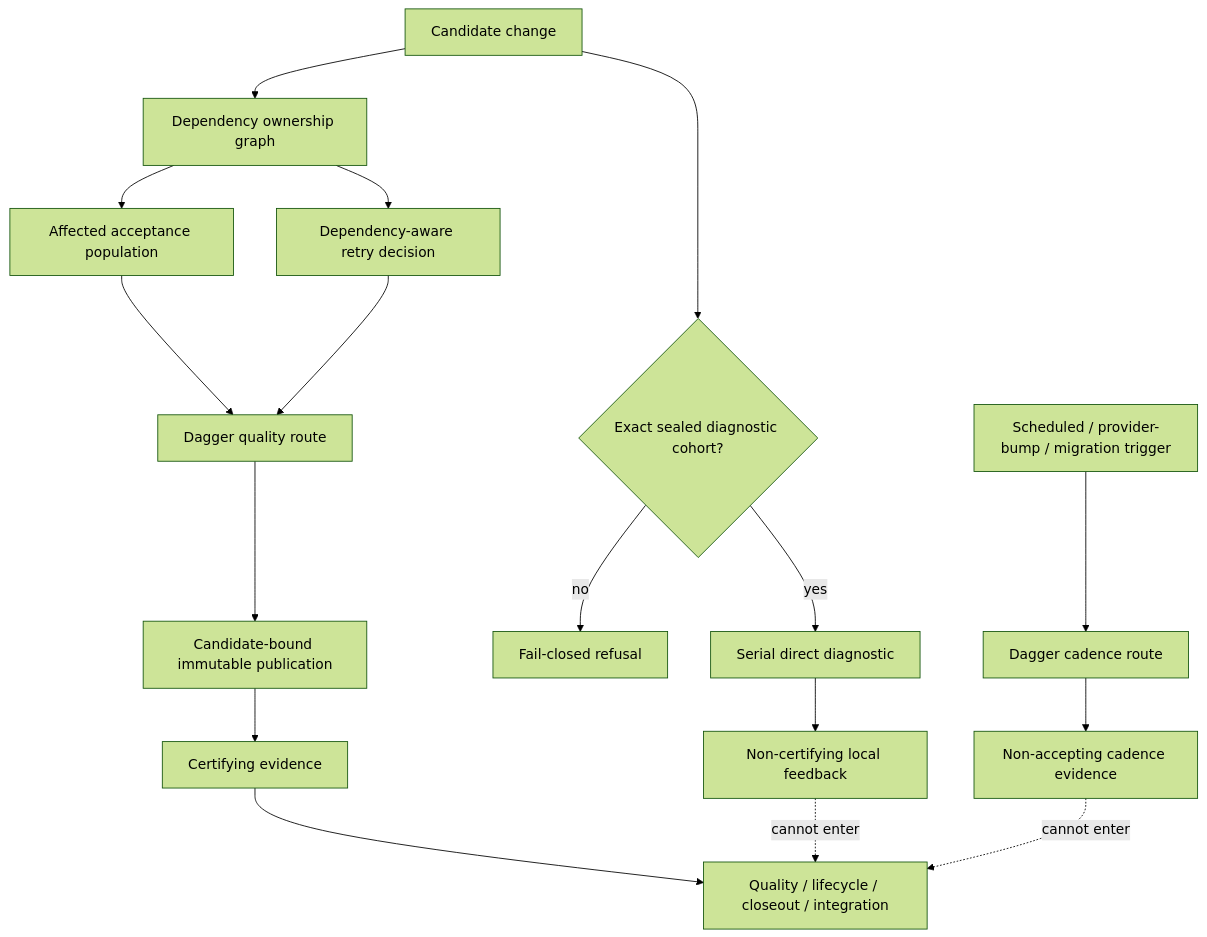
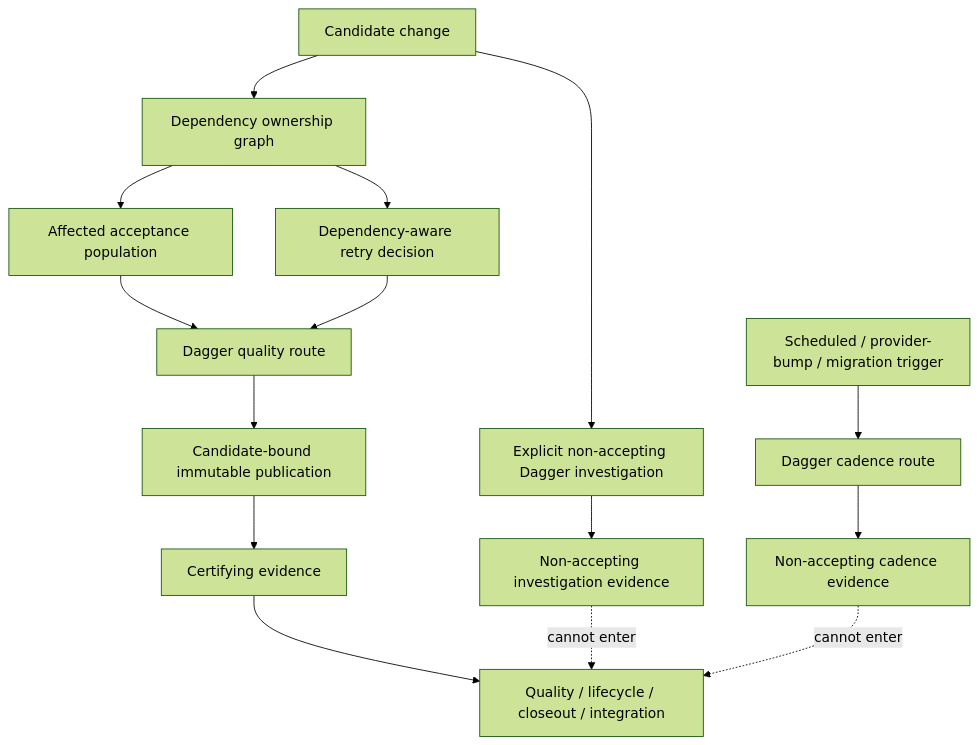
The diagram in docs/design/python-evidence-system.md (Foxfire1st/agents-remember), drawn with Mermaid (forest theme) before and after one commit. The commit also changed other lines of this file and 329 other files, not shown here.

````diff
--- a/docs/design/python-evidence-system.md
+++ b/docs/design/python-evidence-system.md
@@ -8,23 +8,20 @@
 ```mermaid
 flowchart TD
     C[Candidate change] --> O[Dependency ownership graph]
     O --> A[Affected acceptance population]
     O --> R[Dependency-aware retry decision]
     A --> Q[Dagger quality route]
     R --> Q
 
-    C --> D{Exact sealed diagnostic cohort?}
-    D -->|yes| X[Serial direct diagnostic]
-    D -->|no| F[Fail-closed refusal]
-
+    C --> I[Explicit non-accepting Dagger investigation]
     S[Scheduled / provider-bump / migration trigger] --> K[Dagger cadence route]
 
     Q --> P[Candidate-bound immutable publication]
     P --> E[Certifying evidence]
     E --> L[Quality / lifecycle / closeout / integration]
 
-    X --> N[Non-certifying local feedback]
+    I --> N[Non-accepting investigation evidence]
     K --> N2[Non-accepting cadence evidence]
     N -. cannot enter .-> L
     N2 -. cannot enter .-> L
 ```
````
